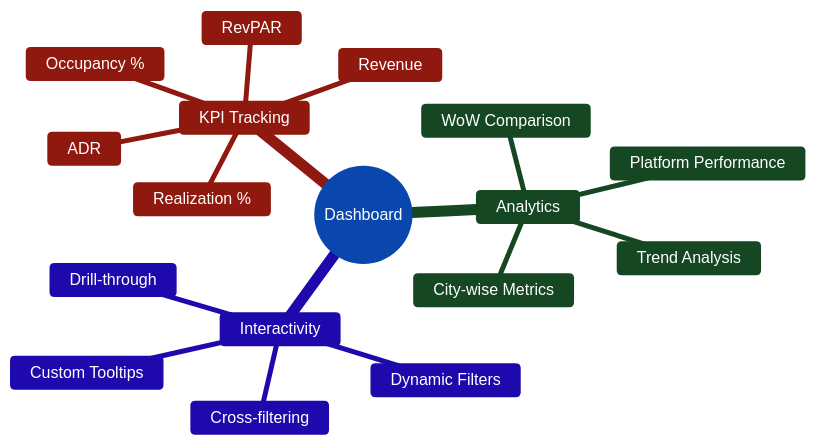
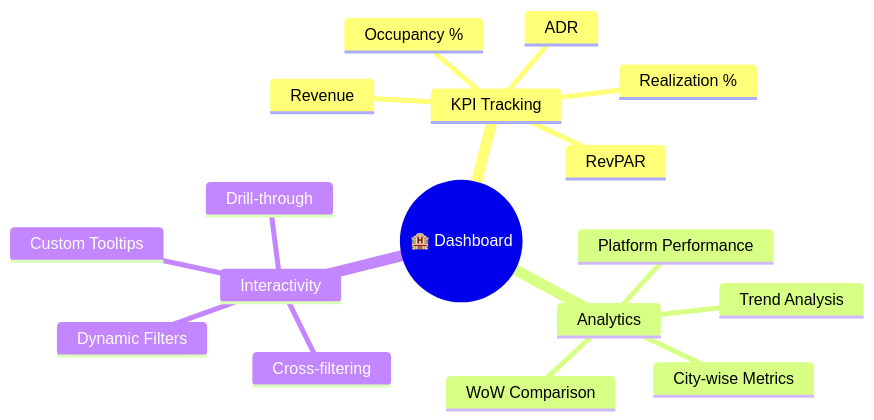
Before and after one commit to drvsaxena/Hospitality-Insights-Dashboard: the third of 8 diagrams in README.md, drawn with Mermaid. The commit also changed other lines of this file, not shown here.

````diff
--- a/README.md
+++ b/README.md
@@ -107,21 +111,20 @@
 ```mermaid
-%%{init: {'theme':'base', 'themeVariables': { 'primaryColor':'#4285F4','primaryTextColor':'#fff','primaryBorderColor':'#2a5298','lineColor':'#F8B229','secondaryColor':'#EA4335','tertiaryColor':'#34A853'}}}%%
 mindmap
-  root((Dashboard))
+  root((🏨 Dashboard))
     KPI Tracking
       Revenue
       RevPAR
       Occupancy %
       ADR
       Realization %
     Analytics
       Trend Analysis
       WoW Comparison
       Platform Performance
       City-wise Metrics
     Interactivity
       Dynamic Filters
       Custom Tooltips
       Drill-through
       Cross-filtering
 ```
````
